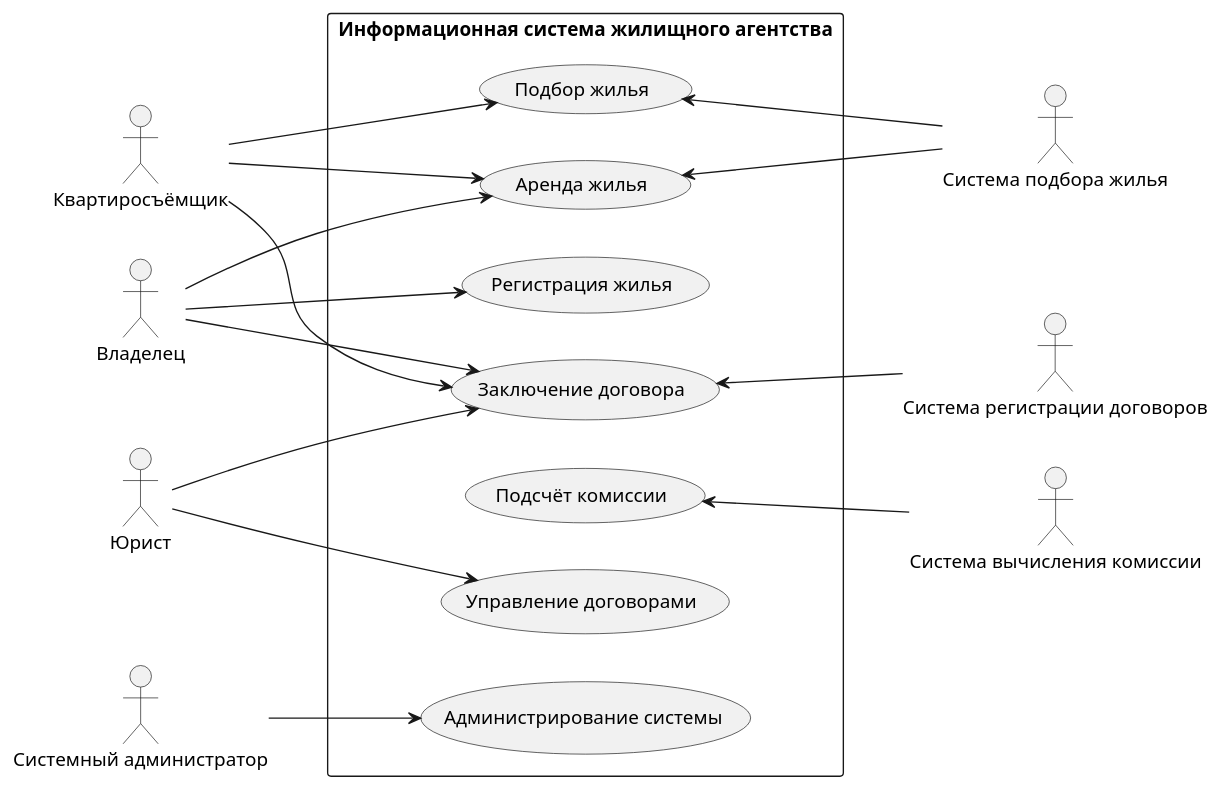
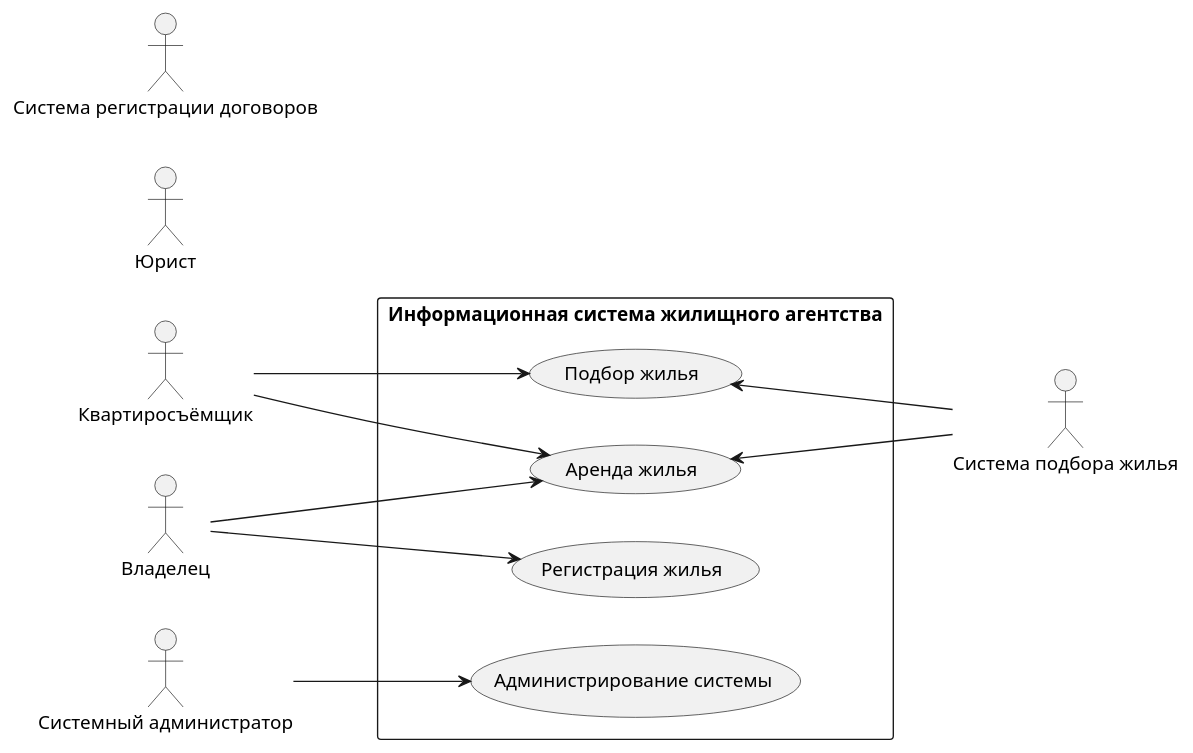
Before and after one commit to penamarth/bsbo-01-22_team4_var8: the diagram in Diagrama_precedent.md, drawn with PlantUML. The commit also changed 1 other file, not shown here.

Commit message:
Delete прецеденты

````diff
--- a/Diagrama_precedent.md
+++ b/Diagrama_precedent.md
@@ -1,47 +1,35 @@
 ```plantuml
 @startuml
 skinparam packageStyle rect
 left to right direction
 
 :Квартиросъёмщик:
 :Владелец:
 :Системный администратор:
 :Юрист:
 
 package "Информационная система жилищного агентства" {
 
 (Подбор жилья)
 (Регистрация жилья)
 (Аренда жилья)
-(Заключение договора)
-(Подсчёт комиссии)
 (Администрирование системы)
-(Управление договорами)
-
 }
 
 :Квартиросъёмщик: --> (Подбор жилья)
 :Квартиросъёмщик: --> (Аренда жилья)
-:Квартиросъёмщик: --> (Заключение договора)
 
 :Владелец: --> (Регистрация жилья)
 :Владелец: --> (Аренда жилья)
-:Владелец: --> (Заключение договора)
 
 :Системный администратор: --> (Администрирование системы)
 
-:Юрист: --> (Управление договорами)
-:Юрист: --> (Заключение договора)
-
 :Система регистрации договоров:
-:Система вычисления комиссии:
 :Система подбора жилья:
 
-(Заключение договора) <-- :Система регистрации договоров:
 (Подбор жилья) <-- :Система подбора жилья:
-(Подсчёт комиссии) <-- :Система вычисления комиссии:
 
 (Аренда жилья) <-- :Система подбора жилья:
 
 @enduml
 ```
````
